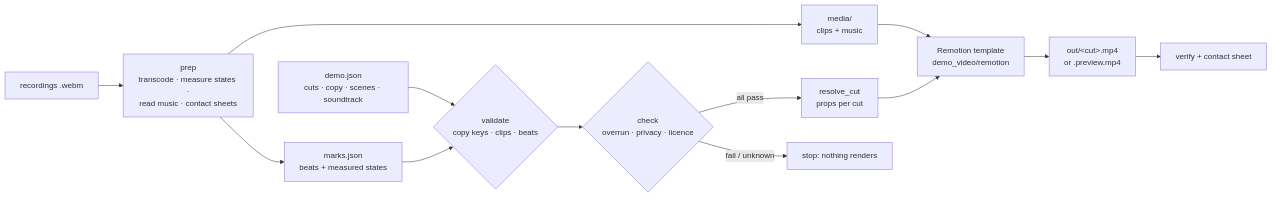
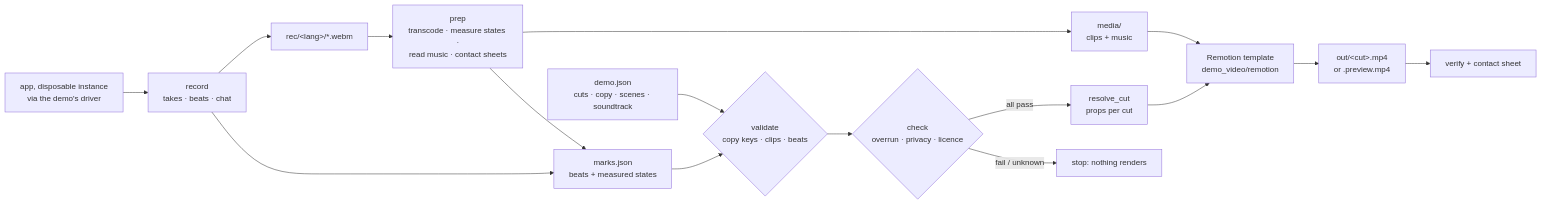
Before and after one commit to ferraroroberto/content-management: the diagram in demo_video/README.md, drawn with Mermaid. The commit also changed other lines of this file and 10 other files, not shown here.

First line of the commit message:
feat: demo video recorder, example driver and driver playbook (#368)

````diff
--- a/demo_video/README.md
+++ b/demo_video/README.md
@@ -7,15 +7,18 @@
 ```mermaid
 flowchart LR
-    W[recordings .webm] --> P[prep<br/>transcode · measure states ·<br/>read music · contact sheets]
+    A[app, disposable instance<br/>via the demo's driver] --> RC[record<br/>takes · beats · chat]
+    RC --> W[rec/&lt;lang&gt;/*.webm]
+    RC --> M
+    W --> P[prep<br/>transcode · measure states ·<br/>read music · contact sheets]
     P --> D
     P --> M
     J[demo.json<br/>cuts · copy · scenes · soundtrack] --> V{validate<br/>copy keys · clips · beats}
     M[marks.json<br/>beats + measured states] --> V
     V --> C{check<br/>overrun · privacy · licence}
     C -->|all pass| R[resolve_cut<br/>props per cut]
     C -->|fail / unknown| S[stop: nothing renders]
     R --> X[Remotion template<br/>demo_video/remotion]
     D[media/<br/>clips + music] --> X
     X --> O[out/&lt;cut&gt;.mp4<br/>or .preview.mp4]
     O --> Q[verify + contact sheet]
 ```
````
